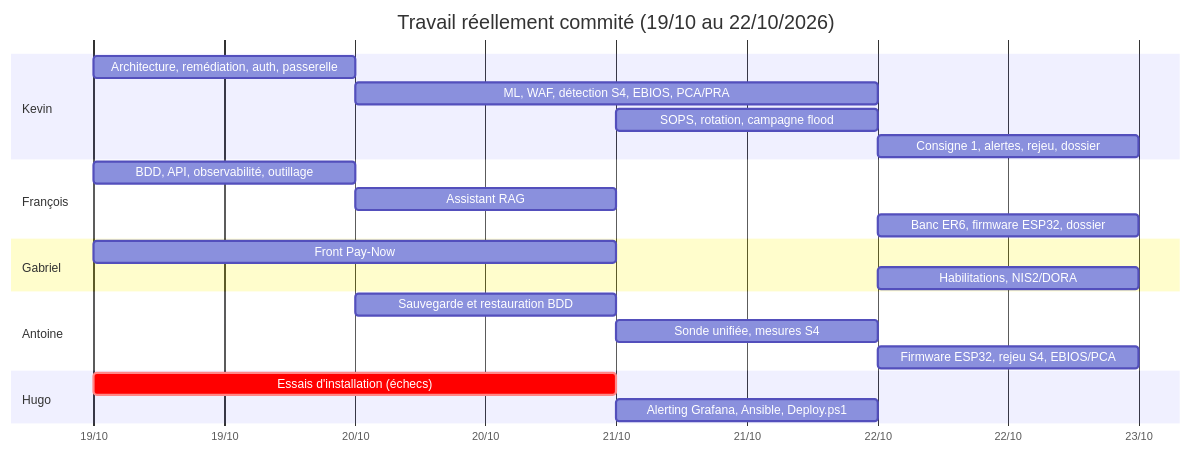
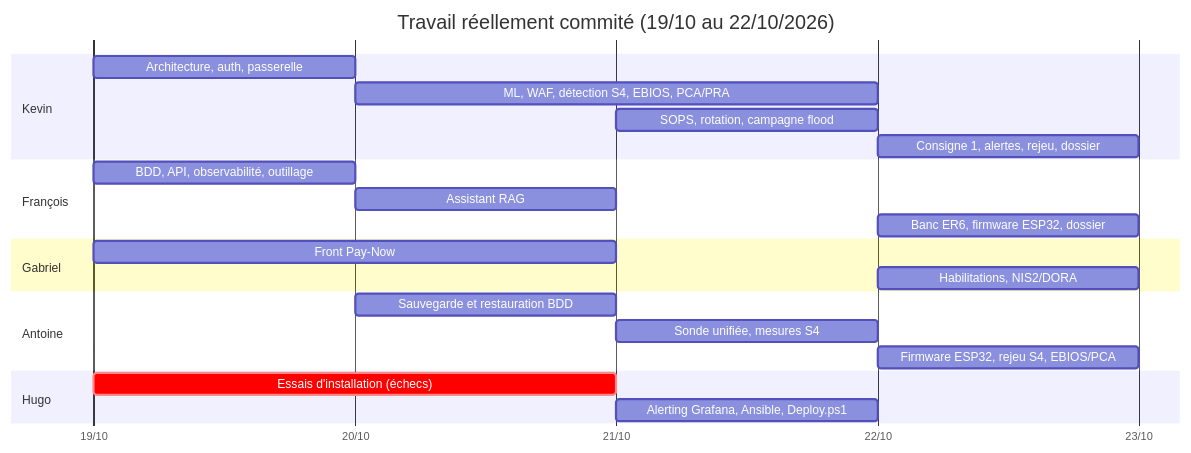
Before and after one commit to GabYan876/Resilience-Alpha: the third of 3 diagrams in docs/dossier.md, drawn with Mermaid. The commit also changed 1 other file, not shown here.

Commit message:
docs: corriger l'axe du Gantt (une date par jour) et raccourcir un libellé (#114)

````diff
--- a/docs/dossier.md
+++ b/docs/dossier.md
@@ -416,26 +416,27 @@
 ```mermaid
 gantt
     title Travail réellement commité (19/10 au 22/10/2026)
     dateFormat YYYY-MM-DD
     axisFormat %d/%m
+    tickInterval 1day
     todayMarker off
     section Kevin
-    Architecture, remédiation, auth, passerelle     :2026-10-19, 1d
+    Architecture, auth, passerelle   :2026-10-19, 1d
     ML, WAF, détection S4, EBIOS, PCA/PRA           :2026-10-20, 2d
     SOPS, rotation, campagne flood                  :2026-10-21, 1d
     Consigne 1, alertes, rejeu, dossier             :2026-10-22, 1d
     section François
     BDD, API, observabilité, outillage              :2026-10-19, 1d
     Assistant RAG                                   :2026-10-20, 1d
     Banc ER6, firmware ESP32, dossier               :2026-10-22, 1d
     section Gabriel
     Front Pay-Now                                   :2026-10-19, 2d
     Habilitations, NIS2/DORA                        :2026-10-22, 1d
     section Antoine
     Sauvegarde et restauration BDD                  :2026-10-20, 1d
     Sonde unifiée, mesures S4                       :2026-10-21, 1d
     Firmware ESP32, rejeu S4, EBIOS/PCA             :2026-10-22, 1d
     section Hugo
     Essais d'installation (échecs)                  :crit, 2026-10-19, 2d
     Alerting Grafana, Ansible, Deploy.ps1           :2026-10-21, 1d
 ```
````
